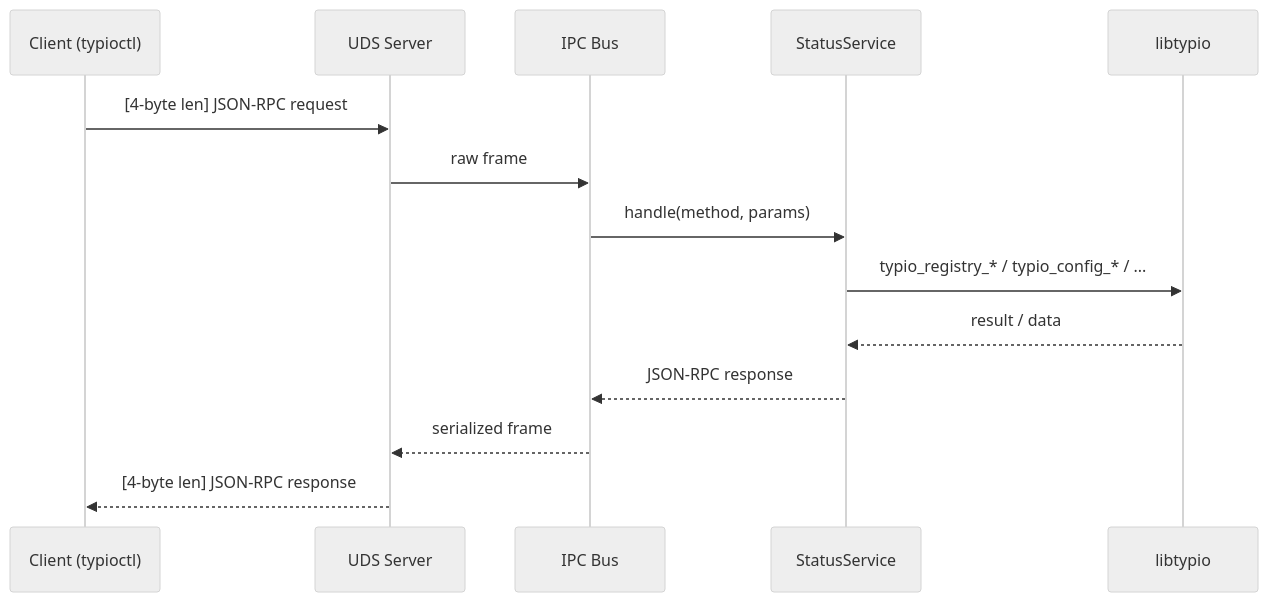
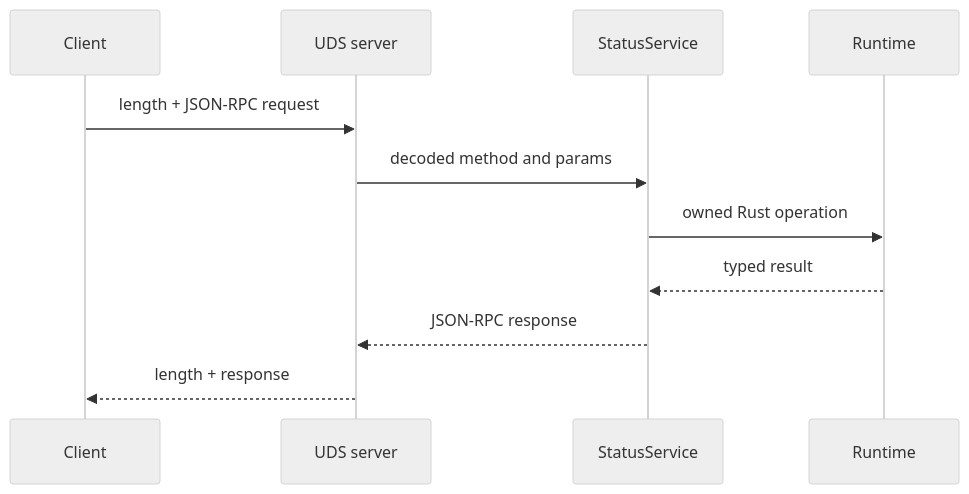
One commit to typio-ime/typio changed the second of 2 diagrams in docs/explanation/control-surfaces.md. Above: the diagram before and after it, drawn with Mermaid (neutral theme). The commit also changed other lines of this file and 211 other files, not shown here.

````diff
--- a/docs/explanation/control-surfaces.md
+++ b/docs/explanation/control-surfaces.md
@@ -81,17 +31,13 @@
 ```mermaid
 sequenceDiagram
-    participant C as Client (typioctl)
-    participant U as UDS Server
-    participant B as IPC Bus
+    participant C as Client
+    participant U as UDS server
     participant S as StatusService
-    participant L as libtypio
-
-    C->>U: [4-byte len] JSON-RPC request
-    U->>B: raw frame
-    B->>S: handle(method, params)
-    S->>L: typio_registry_* / typio_config_* / ...
-    L-->>S: result / data
-    S-->>B: JSON-RPC response
-    B-->>U: serialized frame
-    U-->>C: [4-byte len] JSON-RPC response
+    participant R as Runtime
+    C->>U: length + JSON-RPC request
+    U->>S: decoded method and params
+    S->>R: owned Rust operation
+    R-->>S: typed result
+    S-->>U: JSON-RPC response
+    U-->>C: length + response
 ```
````
